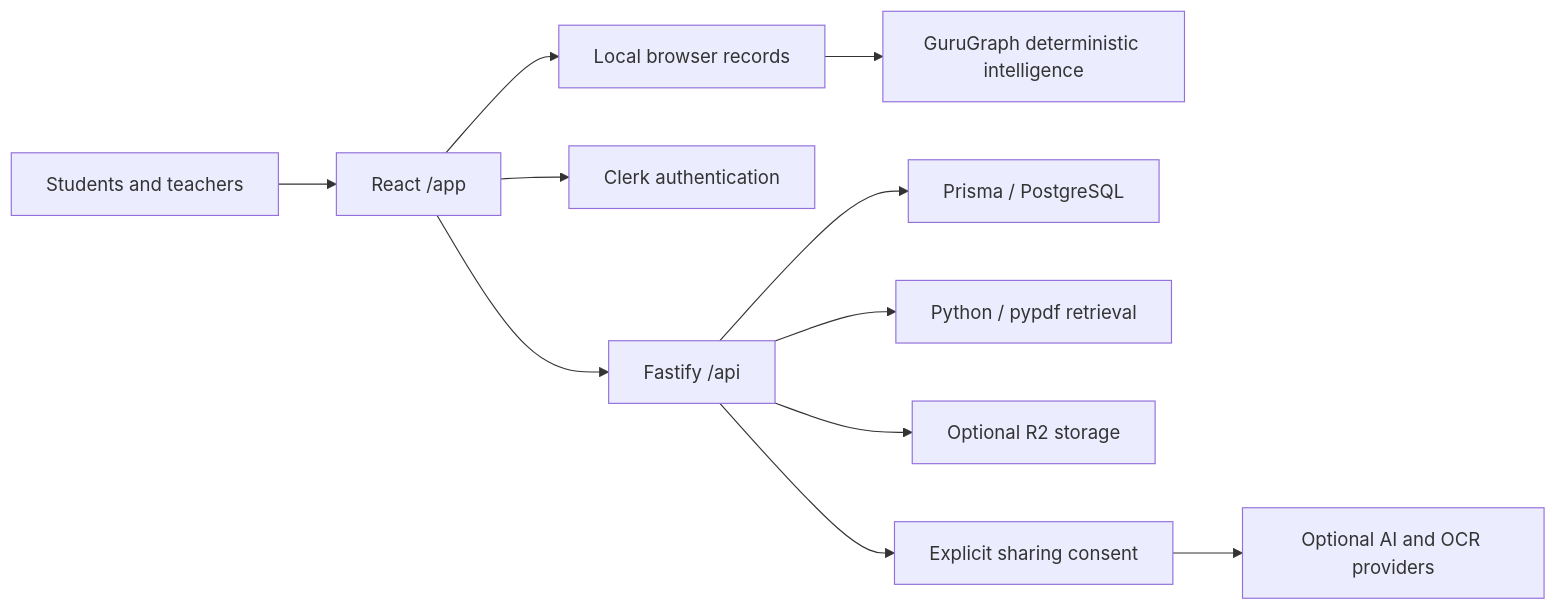
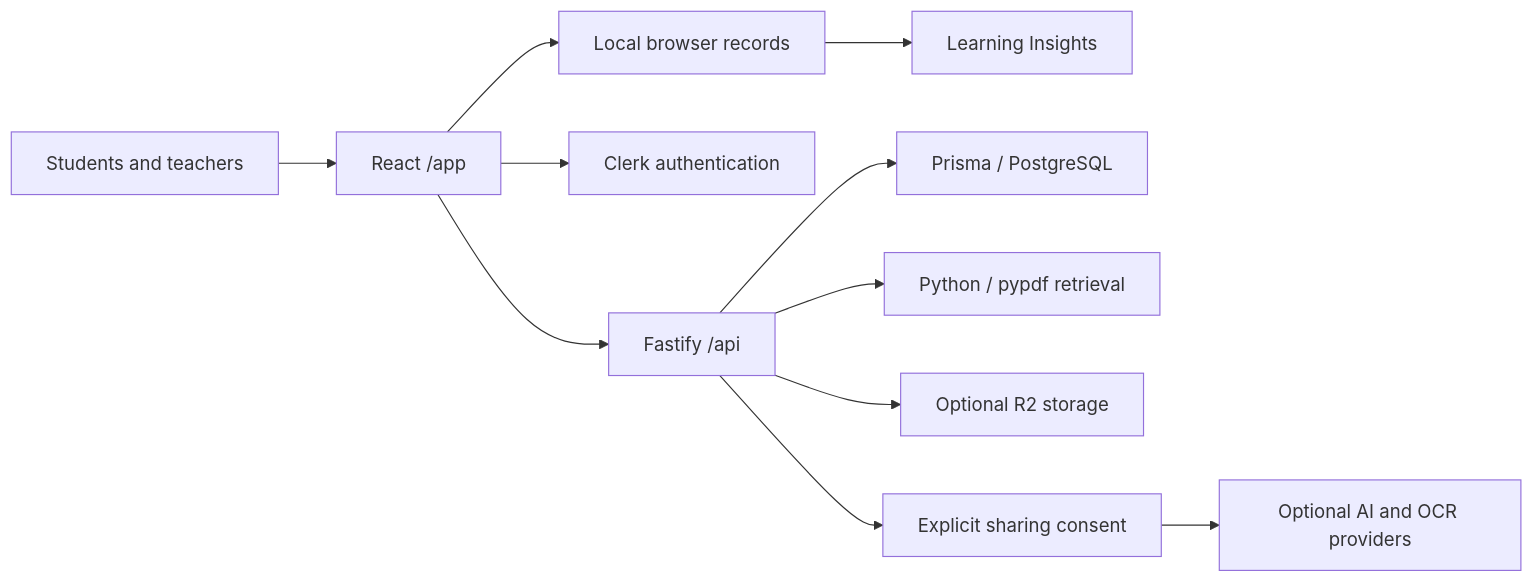
One commit to risheeth26233/student-vault changed the diagram in README.md. Above: the diagram before and after it, drawn with Mermaid. The commit also changed other lines of this file and 11 other files, not shown here.

````diff
--- a/README.md
+++ b/README.md
@@ -36,13 +39,13 @@
 ```mermaid
 flowchart LR
   Students[Students and teachers] --> UI[React /app]
   UI --> Local[Local browser records]
-  Local --> GG[GuruGraph deterministic intelligence]
+  Local --> GG[Learning Insights]
   UI --> Clerk[Clerk authentication]
   UI --> API[Fastify /api]
   API --> DB[Prisma / PostgreSQL]
   API --> PDF[Python / pypdf retrieval]
   API --> Storage[Optional R2 storage]
   API --> Consent[Explicit sharing consent]
   Consent --> Providers[Optional AI and OCR providers]
 ```
````
